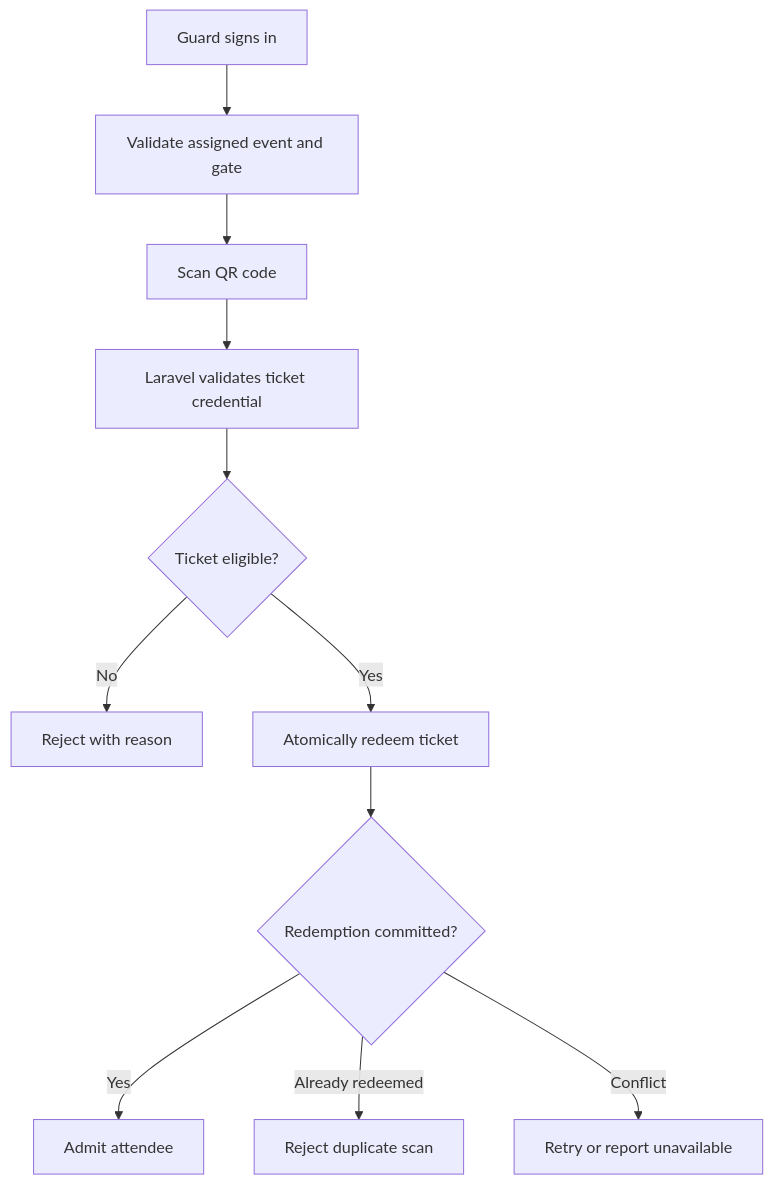
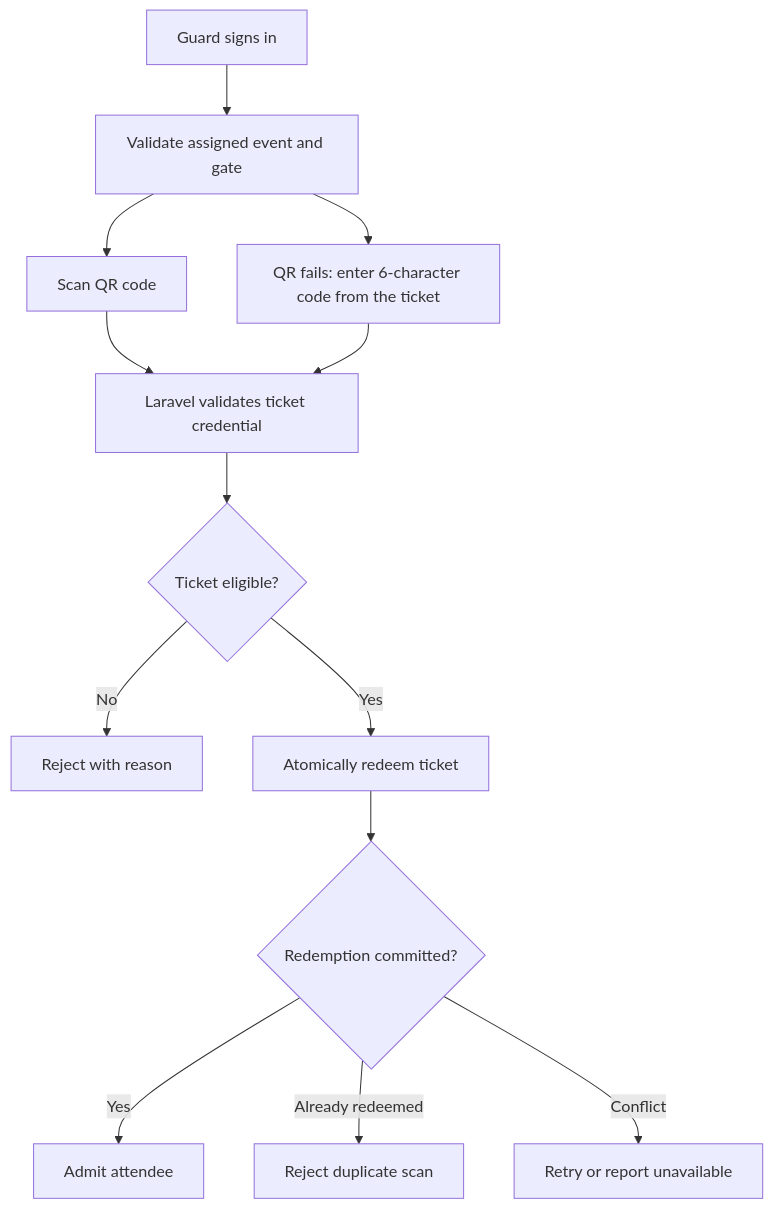
The fourth of 4 diagrams in techstack.md (kreativesahara/ticket), drawn with Mermaid before and after one commit. The commit also changed other lines of this file and 5 other files, not shown here.

Commit message:
feat: add 6-character short code fallback for ticket scanning and verification

````diff
--- a/techstack.md
+++ b/techstack.md
@@ -203,13 +203,15 @@
 ```mermaid
 flowchart TD
     A[Guard signs in] --> B[Validate assigned event and gate]
     B --> C[Scan QR code]
+    B --> C2[QR fails: enter 6-character code from the ticket]
     C --> D[Laravel validates ticket credential]
+    C2 --> D
     D --> E{Ticket eligible?}
     E -- No --> F[Reject with reason]
     E -- Yes --> G[Atomically redeem ticket]
     G --> H{Redemption committed?}
     H -- Yes --> I[Admit attendee]
     H -- Already redeemed --> J[Reject duplicate scan]
     H -- Conflict --> K[Retry or report unavailable]
 ```
````
